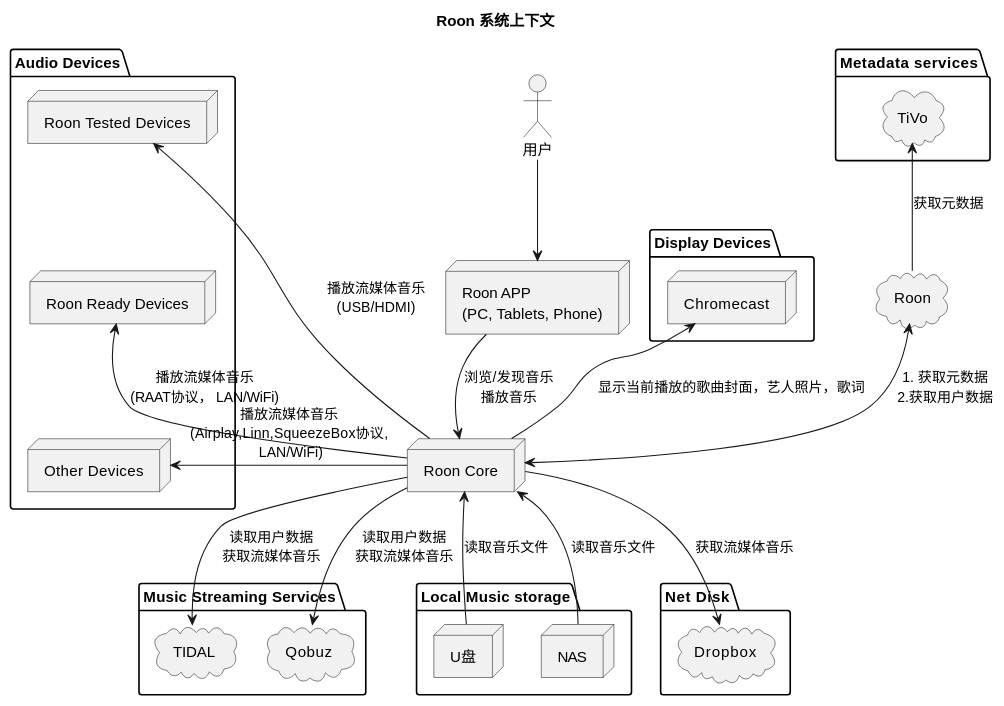
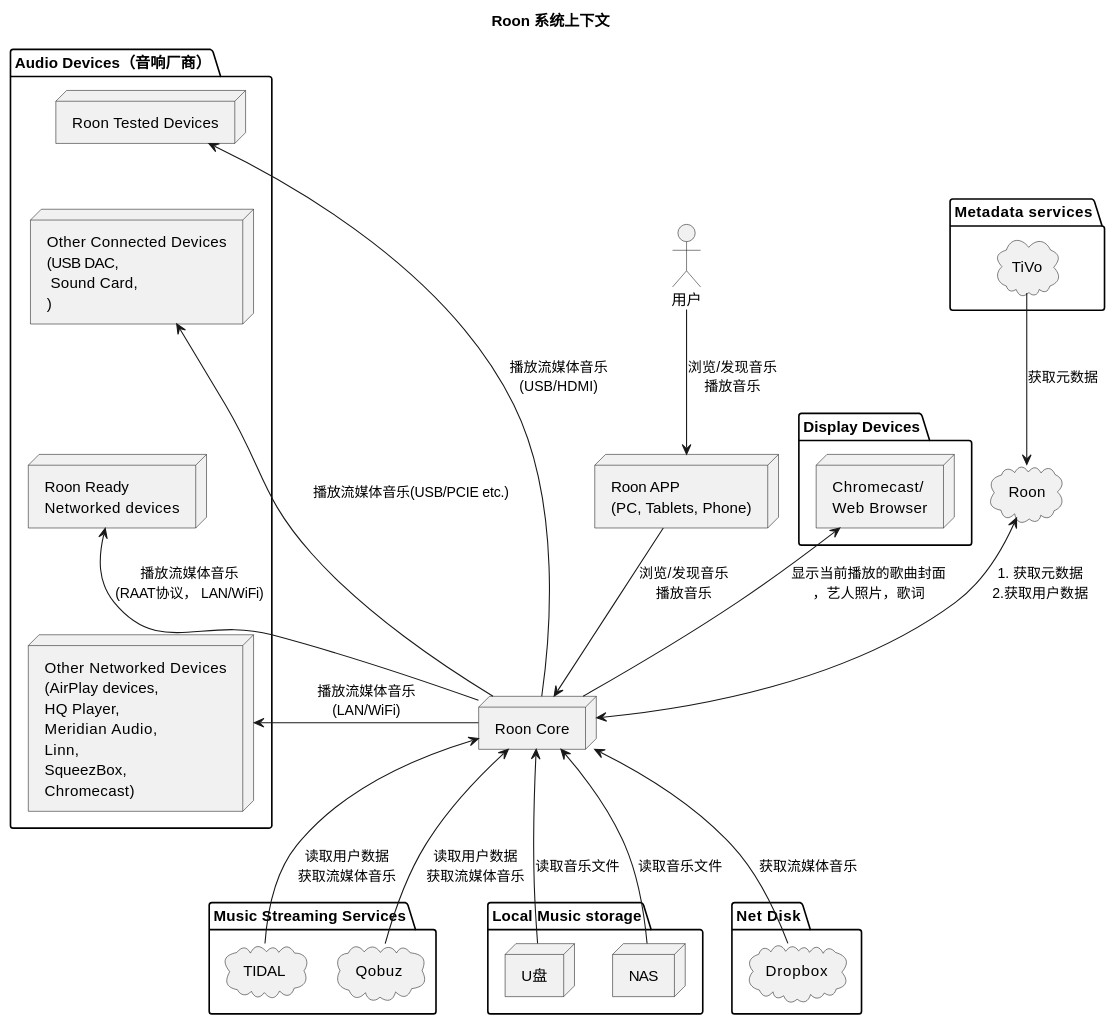
The diagram in digital/Roon/Analyze/Analyze.md (hjianhao/docs), drawn with PlantUML before and after one commit. The commit also changed other lines of this file and 2 other files, not shown here.

````diff
--- a/digital/Roon/Analyze/Analyze.md
+++ b/digital/Roon/Analyze/Analyze.md
@@ -18,64 +22,68 @@
 ``` plantuml
 
 title "Roon 系统上下文"
 
 cloud Roon as roon
 
 package "Music Streaming Services" {
 cloud TIDAL as tidal
 cloud Qobuz as qobuz
 }
 
 node "Roon Core" as core
 
 core <-u-> roon : 1. 获取元数据\n2.获取用户数据
 
 
 package "Local Music storage" {
     node "U盘" as usb
     node "NAS" as nas
 }
 
 core <-- nas : 读取音乐文件
 core <-- usb : 读取音乐文件
 
-core --> tidal : 读取用户数据\n获取流媒体音乐
-core --> qobuz : 读取用户数据\n获取流媒体音乐
+core <-- tidal : 读取用户数据\n获取流媒体音乐
+core <-- qobuz : 读取用户数据\n获取流媒体音乐
 
 package "Net Disk" {
     cloud "Dropbox" as dropbox
 }
 
-core --> dropbox : 获取流媒体音乐
+core <-- dropbox : 获取流媒体音乐
 
 node "Roon APP\n(PC, Tablets, Phone)" as app
 
 app --> core : 浏览/发现音乐\n播放音乐
 
-package "Audio Devices" {
+package "Audio Devices（音响厂商）" {
     node "Roon Tested Devices" as test
-    node "Roon Ready Devices" as ready
-    node "Other Devices" as other
-    test -[hidden]=ready
+    node "Other Connected Devices\n(USB DAC,\n Sound Card,\n)" as connect
+    node "Roon Ready \nNetworked devices" as ready
+    node "Other Networked Devices\n(AirPlay devices,\nHQ Player,\nMeridian Audio,\nLinn,\nSqueezBox,\nChromecast)" as other
+    test -[hidden]=connect
+    connect -[hidden]=ready
     ready -[hidden]-other
 }
 
 core -l-> test : 播放流媒体音乐\n(USB/HDMI)
+core -l-> connect : 播放流媒体音乐(USB/PCIE etc.)
 core -l-> ready : 播放流媒体音乐\n(RAAT协议， LAN/WiFi)
-core -l-> other : 播放流媒体音乐\n(Airplay,Linn,SqueezeBox协议,\n LAN/WiFi)
+core -l-> other : 播放流媒体音乐\n(LAN/WiFi)
 
 package "Metadata services" {
     cloud "TiVo" as tivo
 }
 
 package "Display Devices" {
-    node "Chromecast" as chromecast
+    node "Chromecast/\nWeb Browser" as display
 }
 
-core -u-> chromecast : 显示当前播放的歌曲封面，艺人照片，歌词
-roon -u-> tivo : 获取元数据
+core -u-> display : 显示当前播放的歌曲封面\n，艺人照片，歌词
+roon <-u- tivo : 获取元数据
 
 actor ”用户" as user 
 
-user --> app 
+user --> app : 浏览/发现音乐\n播放音乐
+
 ```
````
